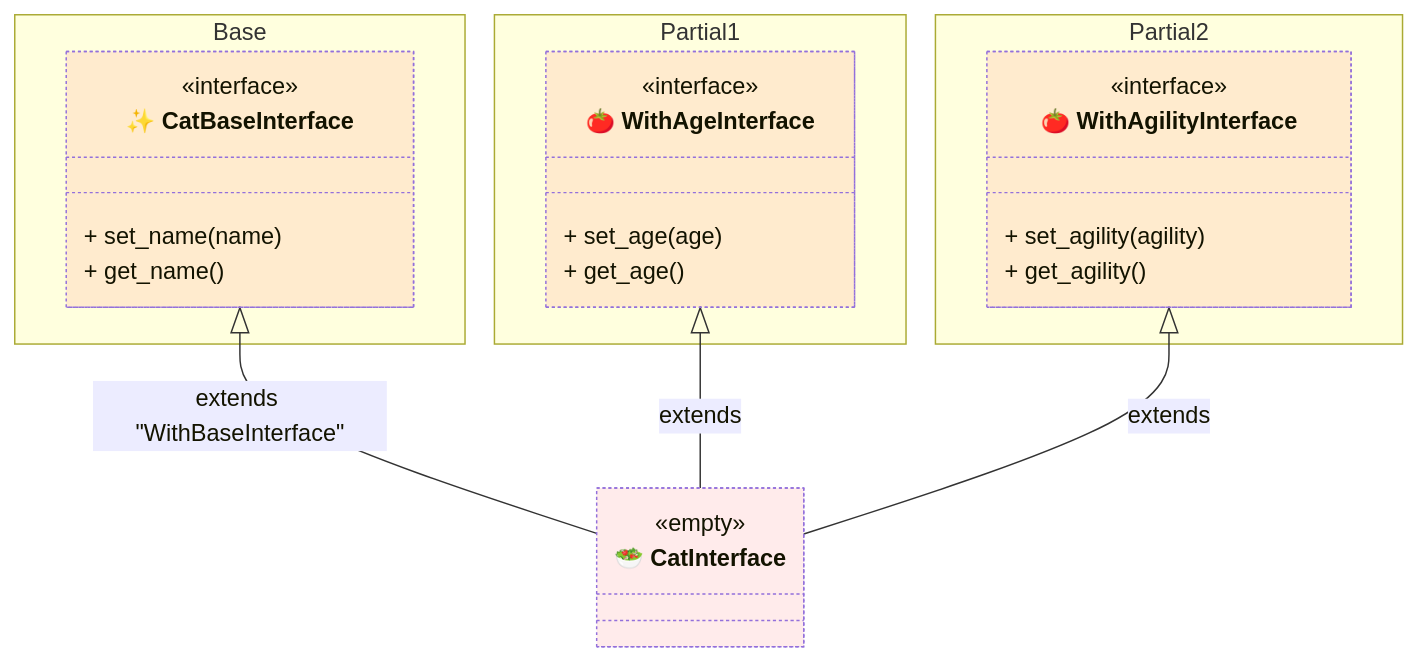
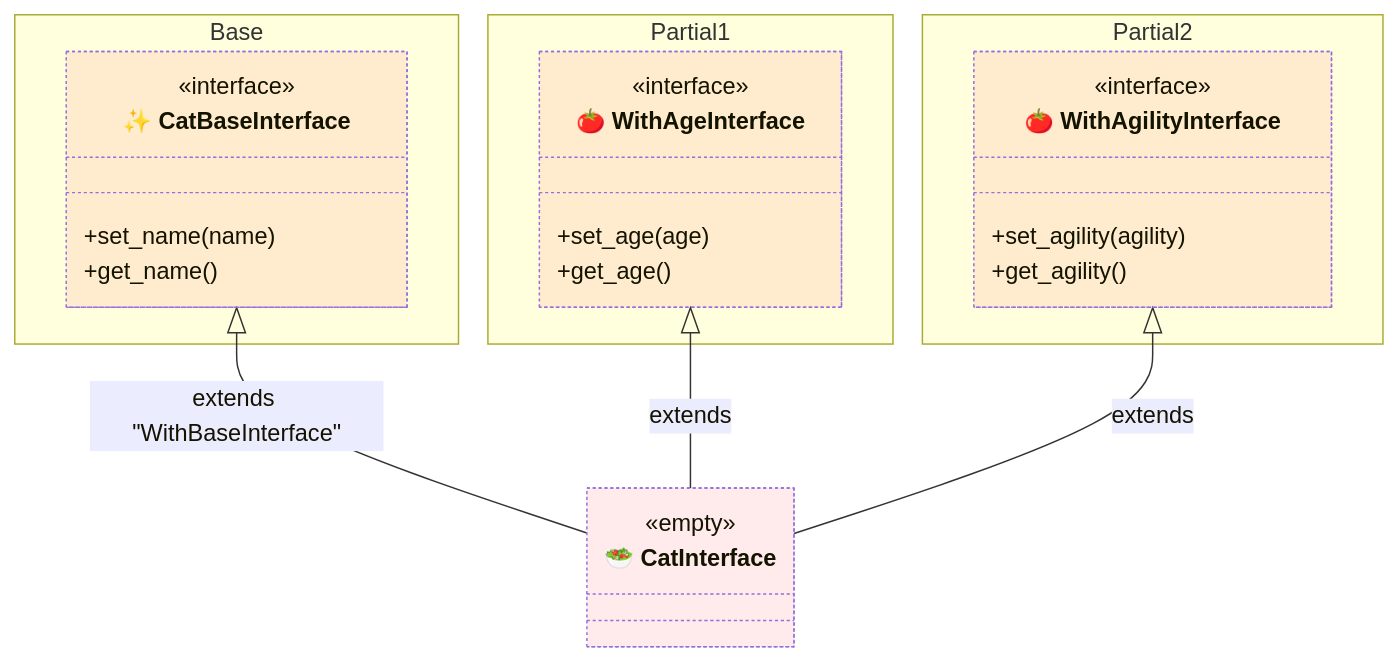
Diagram 11 of 12 in tests/spec-001--class-composition-with-partial-classes.md (thecodecrate/python-pipeline), drawn with Mermaid before and after one commit. The commit also changed other lines of this file, not shown here.

````diff
--- a/tests/spec-001--class-composition-with-partial-classes.md
+++ b/tests/spec-001--class-composition-with-partial-classes.md
@@ -500,47 +526,48 @@
 ```mermaid
 classDiagram
     namespace Base {
         class Interface1["✨ CatBaseInterface"] {
             <<interface>>
-            + set_name(name)
-            + get_name()
+            +set_name(name)
+            +get_name()
         }
     }
 
     namespace Partial1 {
         class Interface2["🍅 WithAgeInterface"] {
             <<interface>>
-            + set_age(age)
-            + get_age()
+            +set_age(age)
+            +get_age()
         }
     }
 
     namespace Partial2 {
         class Interface3["🍅 WithAgilityInterface"] {
             <<interface>>
-            + set_agility(agility)
-            + get_agility()
+            +set_agility(agility)
+            +get_agility()
         }
     }
 
     class Interface4["🥗 CatInterface"] {
         <<empty>>
     }
 
     %% Relationships
     Interface1 <|-- Interface4 : extends "WithBaseInterface"
     Interface2 <|-- Interface4 : extends
     Interface3 <|-- Interface4 : extends
 
     %% Apply Styles
-    style Base fill:#ffff6020, stroke-dasharray: 5 5
-    style Composed bugfix:#111, stroke-width:2px, font-weight: bold
-    style Partial1 bugfix:#111, stroke-dasharray: 5 5
-    style Partial2 bugfix:#111, stroke-dasharray: 5 5
-    style Partial3 bugfix:#111, stroke-dasharray: 5 5
-    style Partial4 bugfix:#111, stroke-dasharray: 5 5
+    style Base_ fill:#ffff6020, stroke-dasharray: 5 5
+    style Composed_ bugfix:#111, stroke-width:2px, font-weight: bold
+    style External1 bugfix:#111, stroke-width:2px, font-weight: bold
+    style Partial1_ fill:#60ff6020, stroke-dasharray: 5 5
+    style Partial2_ fill:#60ff6020, stroke-dasharray: 5 5
+    style Partial3_ fill:#60ff6020, stroke-dasharray: 5 5
+    style Partial4_ fill:#60ff6020, stroke-dasharray: 5 5
     style Interface1 fill:#ff606020, stroke-dasharray: 2 2
     style Interface2 fill:#ff606020, stroke-dasharray: 2 2
     style Interface3 fill:#ff606020, stroke-dasharray: 2 2
     style Interface4 fill:#ff606020, stroke-dasharray: 2 2
 ```
````
